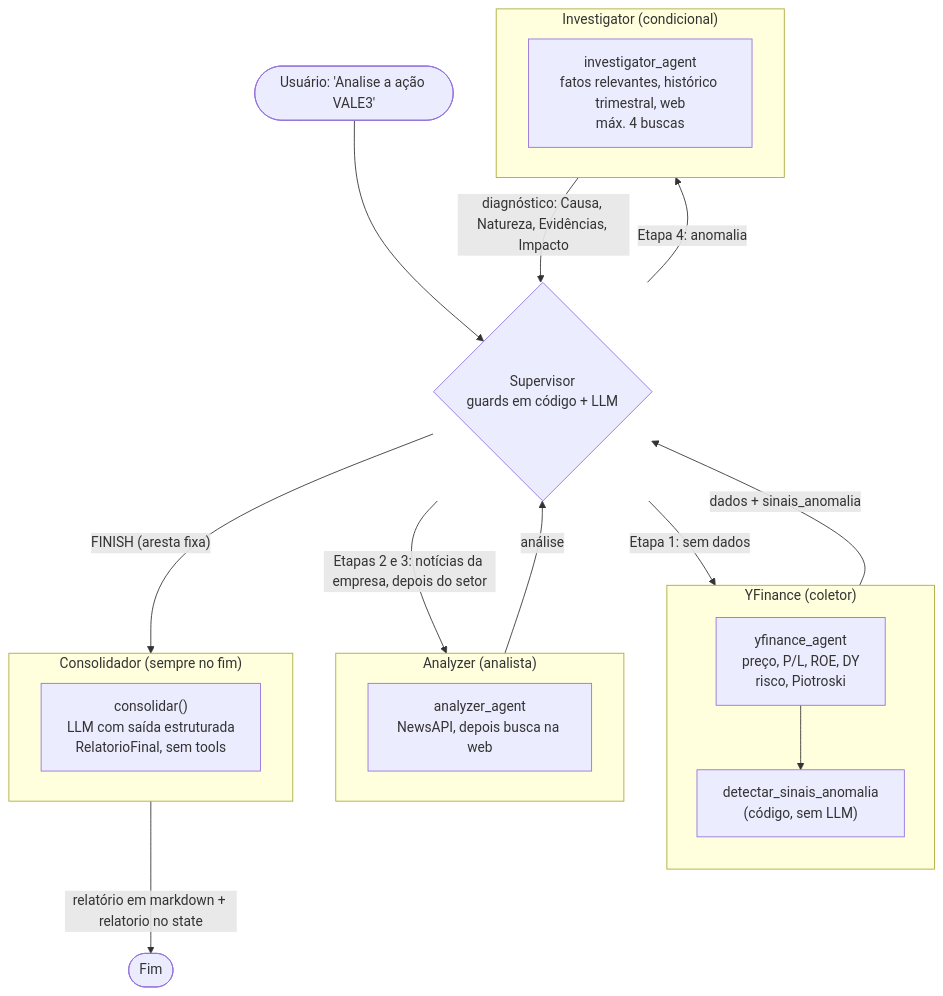
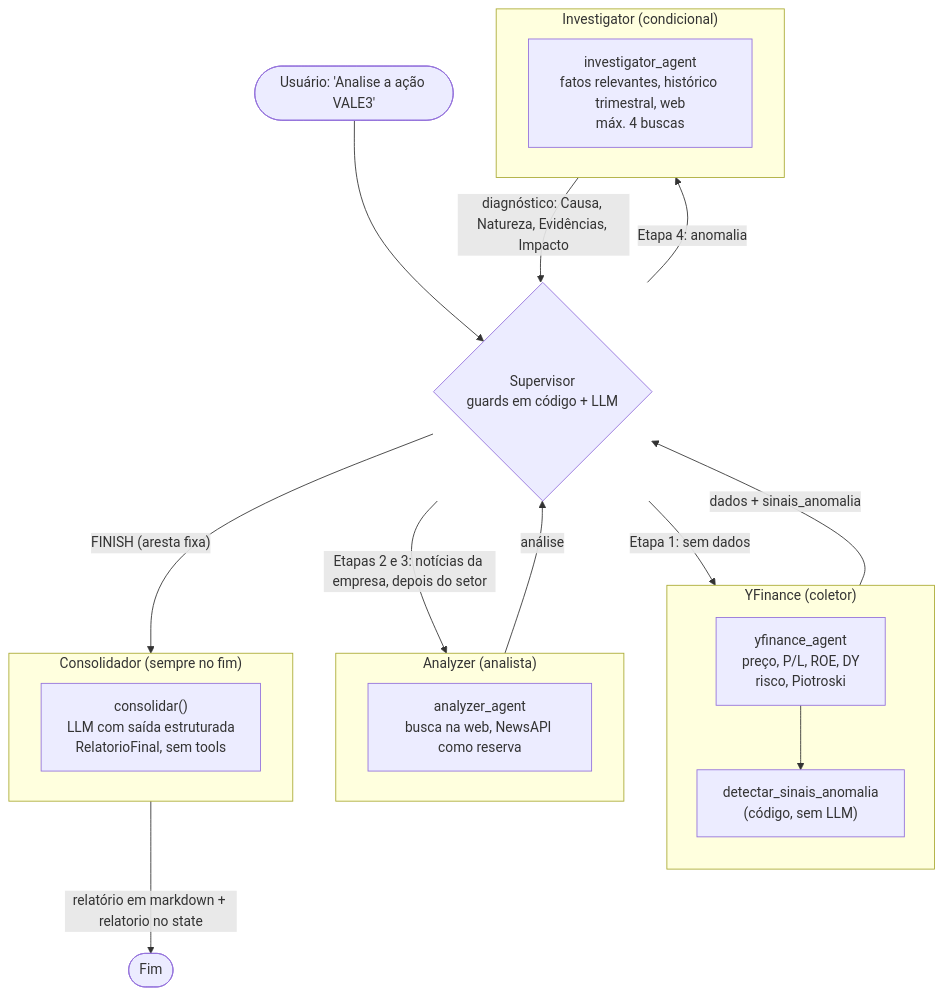
The first of 5 diagrams in docs/arquitetura.md (igorc22/pipeline-inteligencia-financeira-b3), drawn with Mermaid before and after one commit. The commit also changed other lines of this file and 5 other files, not shown here.

Commit message:
feat: analyzer busca na web primeiro e usa a NewsAPI como reserva

````diff
--- a/docs/arquitetura.md
+++ b/docs/arquitetura.md
@@ -13,36 +13,36 @@
 ```mermaid
 flowchart TD
     U(["Usuário: 'Analise a ação VALE3'"]) --> S
 
     S{"Supervisor<br/>guards em código + LLM"}
 
     S -->|"Etapa 1: sem dados"| Y
     S -->|"Etapas 2 e 3: notícias da empresa, depois do setor"| A
     S -->|"Etapa 4: anomalia"| I
     S -->|"FINISH (aresta fixa)"| C
 
     subgraph Y["YFinance (coletor)"]
         direction TB
         Y1["yfinance_agent<br/>preço, P/L, ROE, DY<br/>risco, Piotroski"]
         Y2["detectar_sinais_anomalia<br/>(código, sem LLM)"]
         Y1 --> Y2
     end
 
     subgraph A["Analyzer (analista)"]
-        A1["analyzer_agent<br/>NewsAPI, depois busca na web"]
+        A1["analyzer_agent<br/>busca na web, NewsAPI como reserva"]
     end
 
     subgraph I["Investigator (condicional)"]
         I1["investigator_agent<br/>fatos relevantes, histórico trimestral, web<br/>máx. 4 buscas"]
     end
 
     subgraph C["Consolidador (sempre no fim)"]
         C1["consolidar()<br/>LLM com saída estruturada<br/>RelatorioFinal, sem tools"]
     end
 
     C -->|"relatório em markdown + relatorio no state"| F(["Fim"])
 
     Y -->|"dados + sinais_anomalia"| S
     A -->|"análise"| S
     I -->|"diagnóstico: Causa, Natureza, Evidências, Impacto"| S
 ```
````
